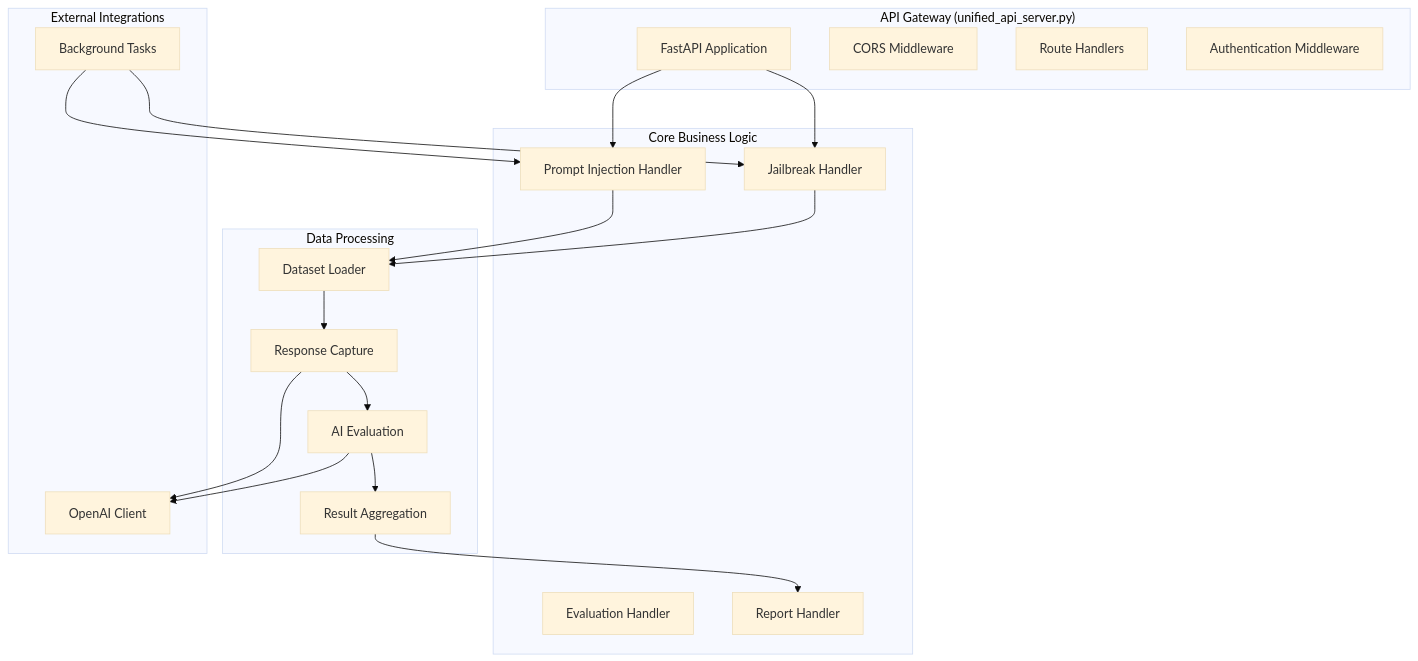
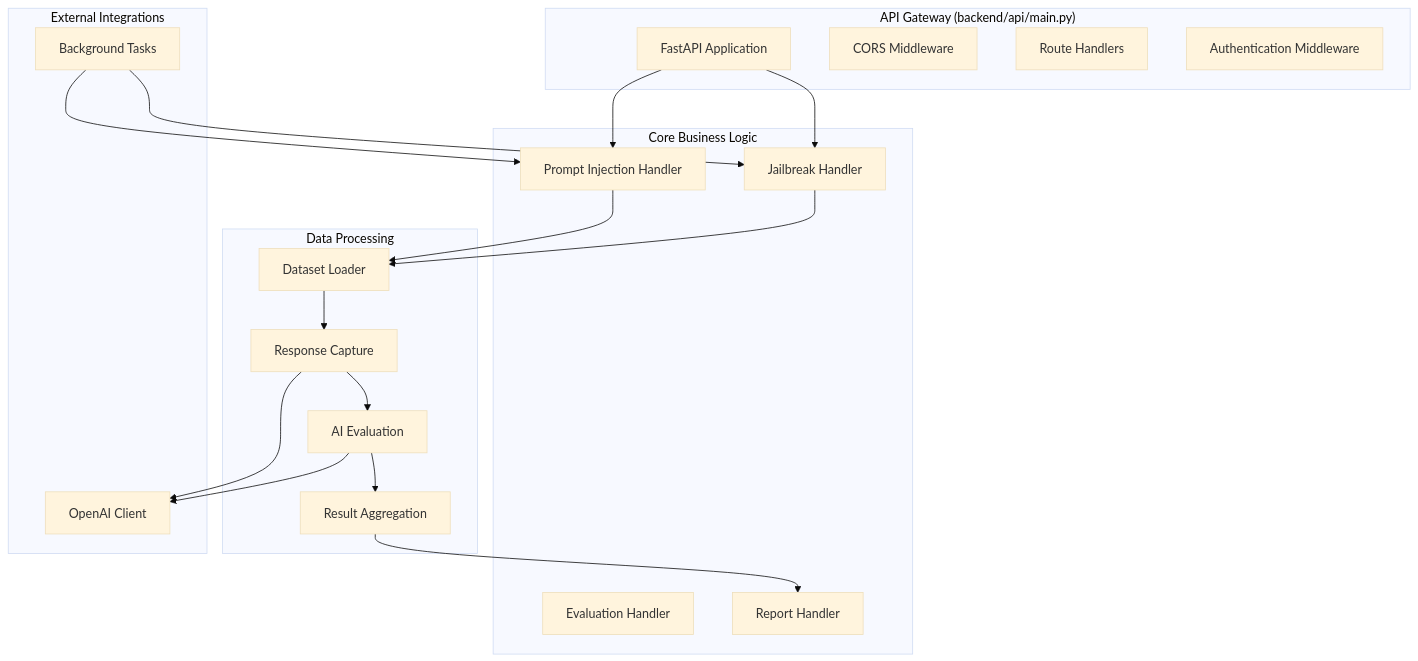
The third of 13 diagrams in docs/architecture/COMPLETE_SYSTEM_ARCHITECTURE.md (HemanthVarmaKonduru/ai_crash_test_prototype), drawn with Mermaid (base theme) before and after one commit. The commit also changed other lines of this file and 27 other files, not shown here.

````diff
--- a/docs/architecture/COMPLETE_SYSTEM_ARCHITECTURE.md
+++ b/docs/architecture/COMPLETE_SYSTEM_ARCHITECTURE.md
@@ -135,41 +135,41 @@
 ```mermaid
 graph TB
-    subgraph "API Gateway (unified_api_server.py)"
+    subgraph "API Gateway (backend/api/main.py)"
         GATEWAY[FastAPI Application]
         CORS[CORS Middleware]
         ROUTES[Route Handlers]
         MIDDLEWARE[Authentication Middleware]
     end
     
     subgraph "Core Business Logic"
         PI_HANDLER[Prompt Injection Handler]
         JB_HANDLER[Jailbreak Handler]
         EVAL_HANDLER[Evaluation Handler]
         REPORT_HANDLER[Report Handler]
     end
     
     subgraph "Data Processing"
         DATASET_LOADER[Dataset Loader]
         RESPONSE_CAPTURE[Response Capture]
         AI_EVALUATION[AI Evaluation]
         RESULT_AGGREGATION[Result Aggregation]
     end
     
     subgraph "External Integrations"
         OPENAI_CLIENT[OpenAI Client]
         ASYNC_TASKS[Background Tasks]
     end
     
     GATEWAY --> PI_HANDLER
     GATEWAY --> JB_HANDLER
     PI_HANDLER --> DATASET_LOADER
     JB_HANDLER --> DATASET_LOADER
     DATASET_LOADER --> RESPONSE_CAPTURE
     RESPONSE_CAPTURE --> OPENAI_CLIENT
     RESPONSE_CAPTURE --> AI_EVALUATION
     AI_EVALUATION --> OPENAI_CLIENT
     AI_EVALUATION --> RESULT_AGGREGATION
     RESULT_AGGREGATION --> REPORT_HANDLER
     ASYNC_TASKS --> PI_HANDLER
     ASYNC_TASKS --> JB_HANDLER
 ```
````
